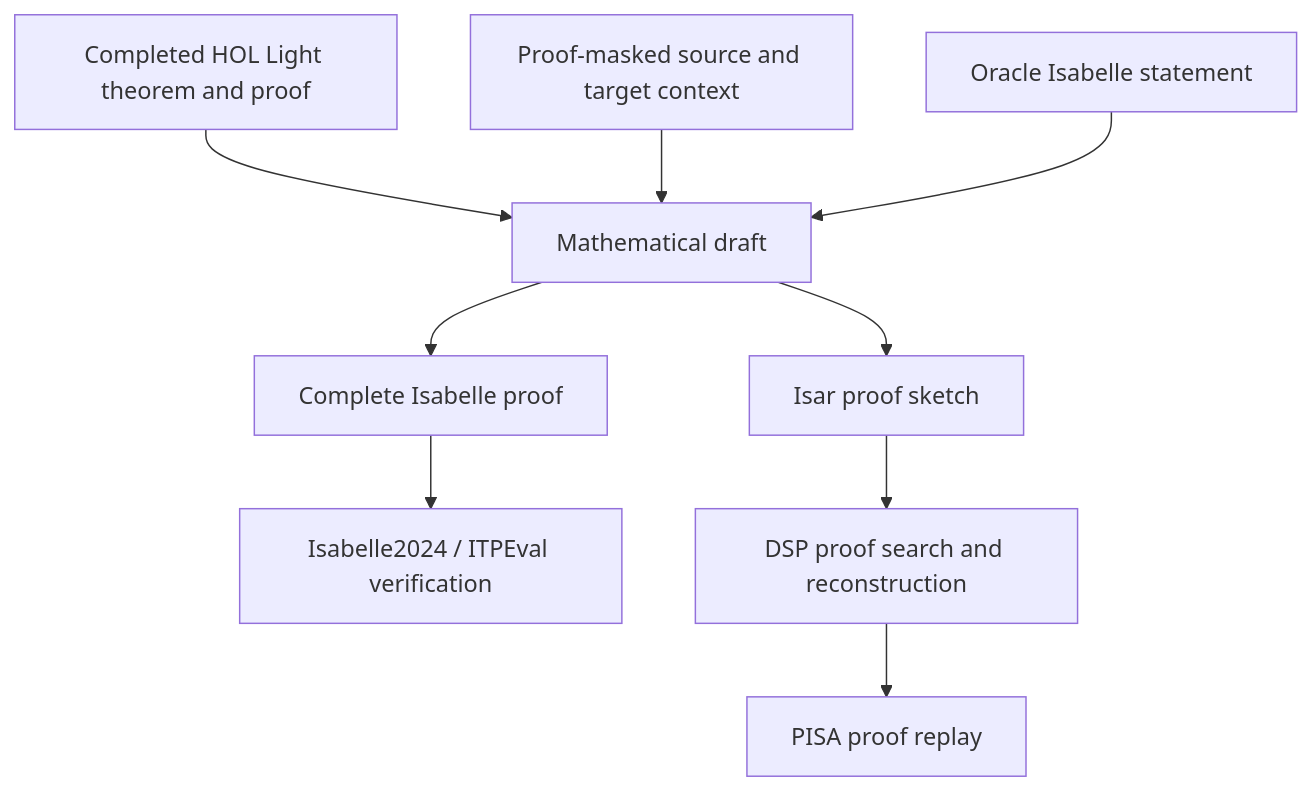
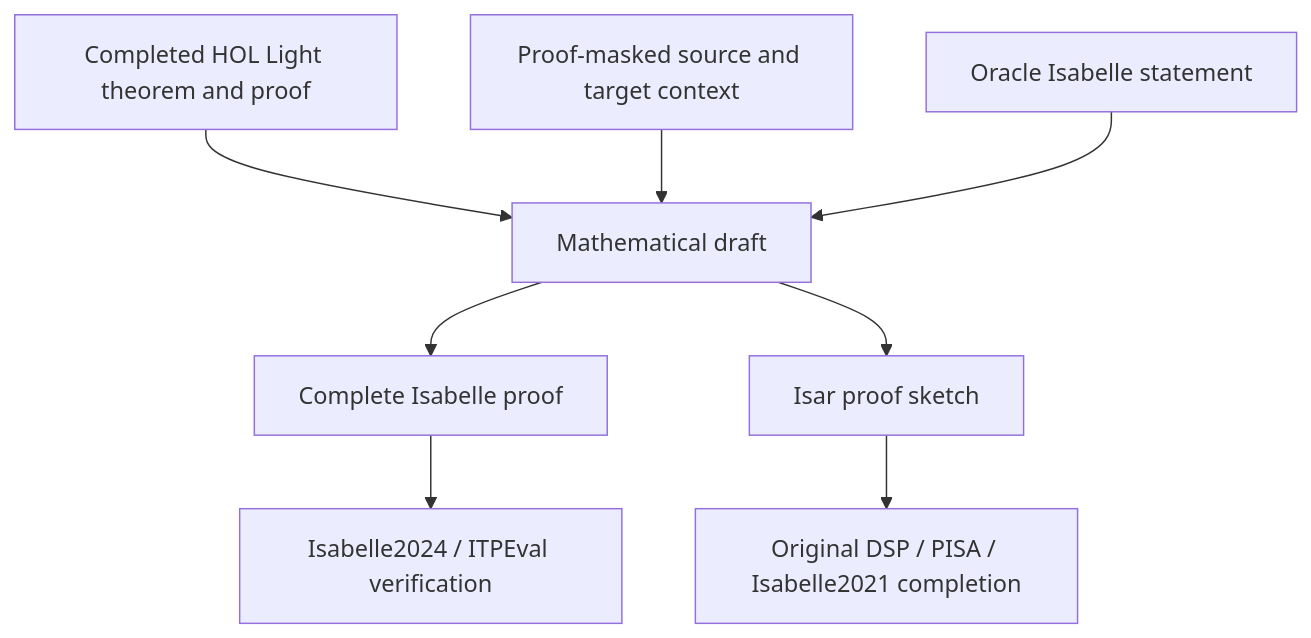
Before and after one commit to riverside234/itpeval-modify: the diagram in README.md, drawn with Mermaid. The commit also changed other lines of this file and 62 other files, not shown here.

Commit message:
Add Isabelle 2021 PISA integration

````diff
--- a/README.md
+++ b/README.md
@@ -56,11 +56,10 @@
 ```mermaid
 flowchart TD
     S[Completed HOL Light theorem and proof] --> D[Mathematical draft]
     R[Proof-masked source and target context] --> D
     T[Oracle Isabelle statement] --> D
     D --> C[Complete Isabelle proof]
     C --> V[Isabelle2024 / ITPEval verification]
     D --> K[Isar proof sketch]
-    K --> P[DSP proof search and reconstruction]
-    P --> Q[PISA proof replay]
+    K --> P[Original DSP / PISA / Isabelle2021 completion]
 ```
````
